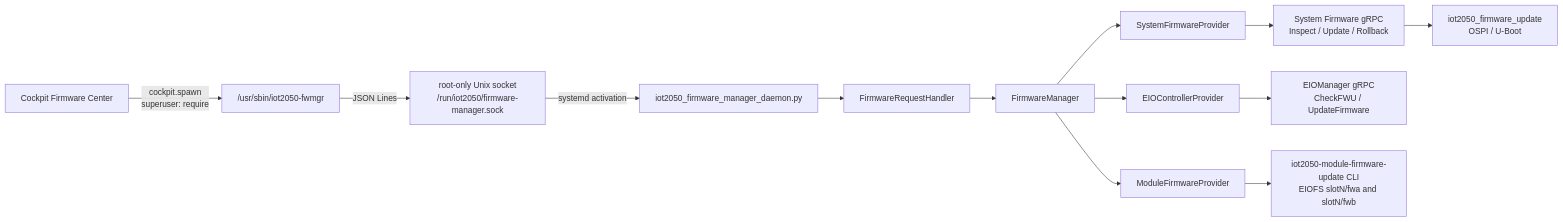
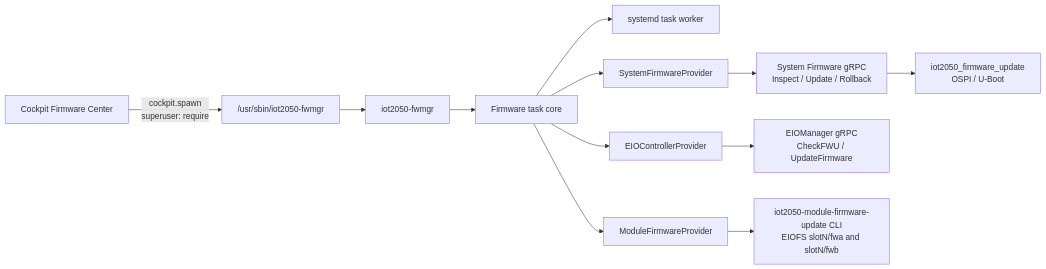
Before and after one commit to huaqianli/meta-iot2050: the diagram in doc/firmware-center.md, drawn with Mermaid. The commit also changed other lines of this file and 1 other file, not shown here.

First line of the commit message:
doc: Describe the fwmgr task worker model

````diff
--- a/doc/firmware-center.md
+++ b/doc/firmware-center.md
@@ -26,29 +26,27 @@
 ```mermaid
 flowchart LR
     UI[Cockpit Firmware Center]
     CLI["/usr/sbin/iot2050-fwmgr"]
-    Socket["root-only Unix socket<br/>/run/iot2050/firmware-manager.sock"]
-    Daemon[iot2050_firmware_manager_daemon.py]
-    Handler[FirmwareRequestHandler]
-    Manager[FirmwareManager]
+    Backend[iot2050-fwmgr]
+    Worker[systemd task worker]
+    Manager[Firmware task core]
     System[SystemFirmwareProvider]
     SystemRPC[System Firmware gRPC<br/>Inspect / Update / Rollback]
     Controller[EIOControllerProvider]
     Module[ModuleFirmwareProvider]
     SystemBackend[iot2050_firmware_update<br/>OSPI / U-Boot]
     ControllerRPC[EIOManager gRPC<br/>CheckFWU / UpdateFirmware]
     ModuleBackend[iot2050-module-firmware-update CLI<br/>EIOFS slotN/fwa and slotN/fwb]
 
     UI -->|cockpit.spawn<br/>superuser: require| CLI
-    CLI -->|JSON Lines| Socket
-    Socket -->|systemd activation| Daemon
-    Daemon --> Handler
-    Handler --> Manager
+    CLI --> Backend
+    Backend --> Manager
     Manager --> System
     Manager --> Controller
     Manager --> Module
+    Manager --> Worker
     System --> SystemRPC
     SystemRPC --> SystemBackend
     Controller --> ControllerRPC
     Module --> ModuleBackend
 ```
````
